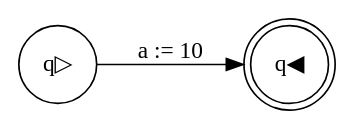
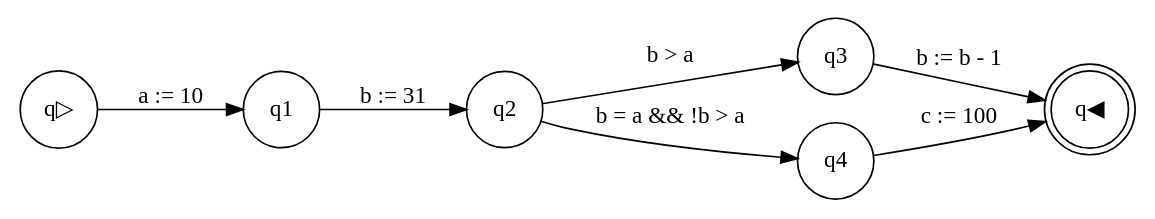
The diagram in Modelling/Modelling/Test.gv (emmachirlomez/Modelling), drawn with Graphviz before and after one commit. The commit also changed 31 other files, not shown here.

```diff
--- a/Modelling/Modelling/Test.gv
+++ b/Modelling/Modelling/Test.gv
@@ -1,6 +1,11 @@
 digraph program_graph {rankdir=LR;
 node [shape = circle]; q▷;
 node [shape = doublecircle]; q◀;
 node [shape = circle]
-q▷ -> q◀[label = "a := 10"];
+q▷ -> q1[label = "a := 10"];
+q1 -> q2[label = "b := 31"];
+q2 -> q3[label = "b > a"];
+q3 -> q◀[label = "b := b - 1"];
+q2 -> q4[label = "b = a && !b > a"];
+q4 -> q◀[label = "c := 100"];
 }
```
